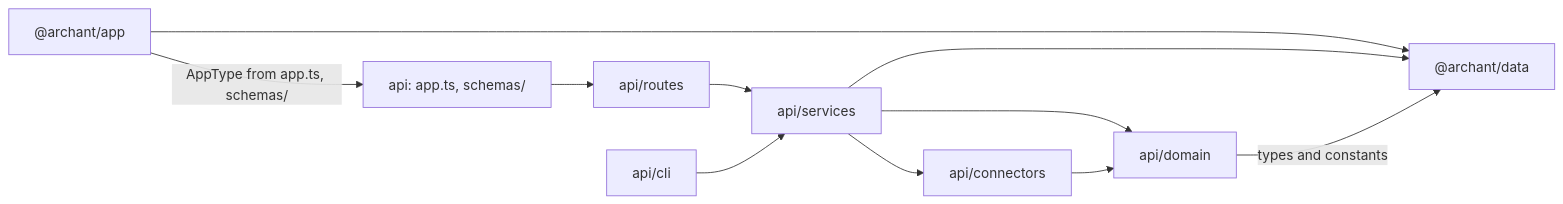
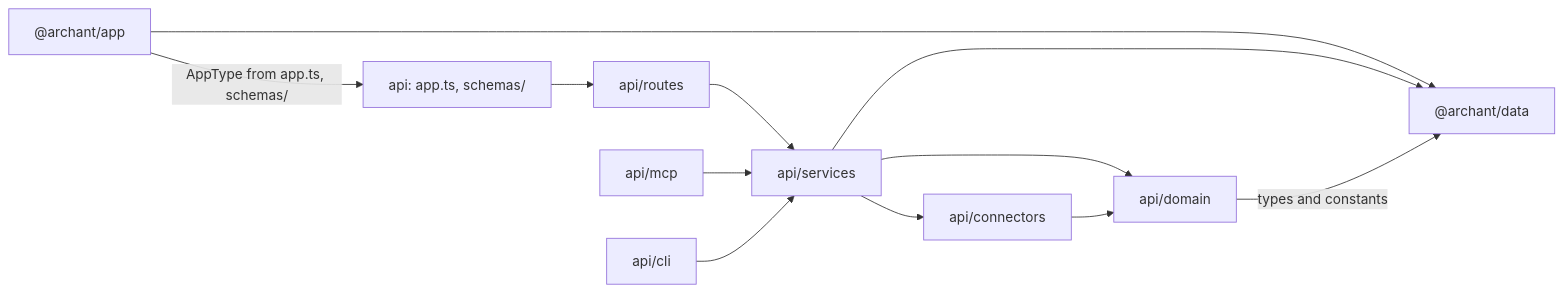
Before and after one commit to leger-dosage/archant: the first of 3 diagrams in docs/architecture.md, drawn with Mermaid. The commit also changed other lines of this file and 4 other files, not shown here.

````diff
--- a/docs/architecture.md
+++ b/docs/architecture.md
@@ -41,13 +41,14 @@
 ```mermaid
 graph LR
   app["@archant/app"] -->|"AppType from app.ts, schemas/"| api["api: app.ts, schemas/"]
   app --> data["@archant/data"]
   api --> routes["api/routes"]
   routes --> services["api/services"]
+  mcp["api/mcp"] --> services
   services --> domain["api/domain"]
   services --> connectors["api/connectors"]
   connectors --> domain
   services --> data
   domain -->|"types and constants"| data
   cli["api/cli"] --> services
 ```
````
